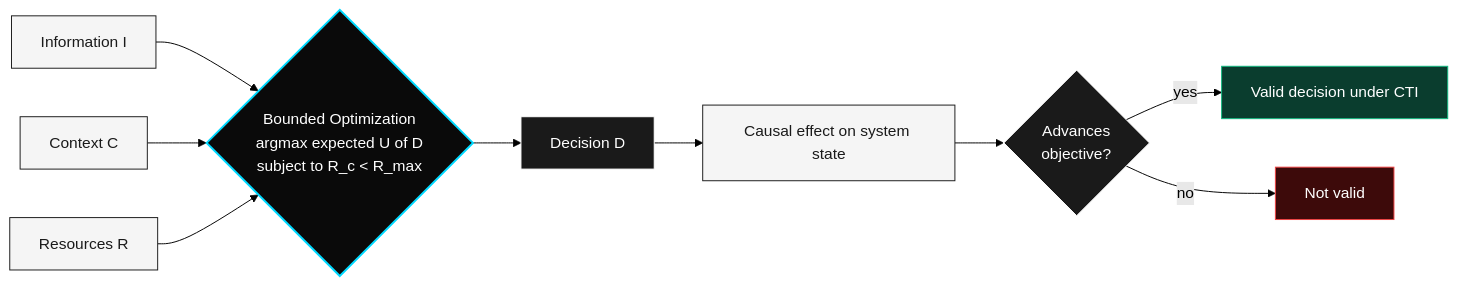
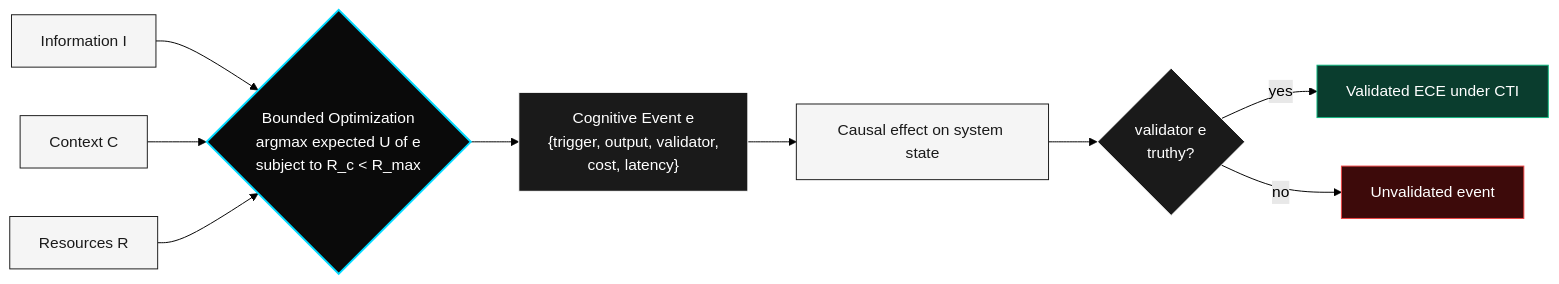
Before and after one commit to nickhashira12/CTI-Cognitive-Throughput-Infrastructure: the diagram in docs/formal-model.md, drawn with Mermaid (forest theme). The commit also changed other lines of this file, not shown here.

Commit message:
formal model uses cognitive event e.md

````diff
--- a/docs/formal-model.md
+++ b/docs/formal-model.md
@@ -15,20 +15,20 @@
 ```mermaid
 flowchart LR
     I[Information I] --> OPT
     C[Context C] --> OPT
     R[Resources R] --> OPT
-    OPT{"Bounded Optimization<br/>argmax expected U of D<br/>subject to R_c &lt; R_max"} --> D[Decision D]
-    D --> E[Causal effect on system state]
-    E --> V{Advances<br/>objective?}
-    V -->|yes| VALID[Valid decision under CTI]
-    V -->|no| INVALID[Not valid]
+    OPT{"Bounded Optimization<br/>argmax expected U of e<br/>subject to R_c &lt; R_max"} --> E["Cognitive Event e<br/>{trigger, output, validator,<br/>cost, latency}"]
+    E --> EFF[Causal effect on system state]
+    EFF --> V{validator e<br/>truthy?}
+    V -->|yes| VALID[Validated ECE under CTI]
+    V -->|no| INVALID[Unvalidated event]
     style OPT fill:#0a0a0a,stroke:#00d9ff,color:#ffffff,stroke-width:2px
-    style D fill:#1a1a1a,stroke:#ffffff,color:#ffffff
+    style E fill:#1a1a1a,stroke:#ffffff,color:#ffffff
     style VALID fill:#0a3d2e,stroke:#10b981,color:#ffffff
     style INVALID fill:#3d0a0a,stroke:#ef4444,color:#ffffff
     style V fill:#1a1a1a,stroke:#ffffff,color:#ffffff
     style I fill:#f5f5f5,stroke:#1a1a1a,color:#1a1a1a
     style C fill:#f5f5f5,stroke:#1a1a1a,color:#1a1a1a
     style R fill:#f5f5f5,stroke:#1a1a1a,color:#1a1a1a
-    style E fill:#f5f5f5,stroke:#1a1a1a,color:#1a1a1a
+    style EFF fill:#f5f5f5,stroke:#1a1a1a,color:#1a1a1a
 ```
````
